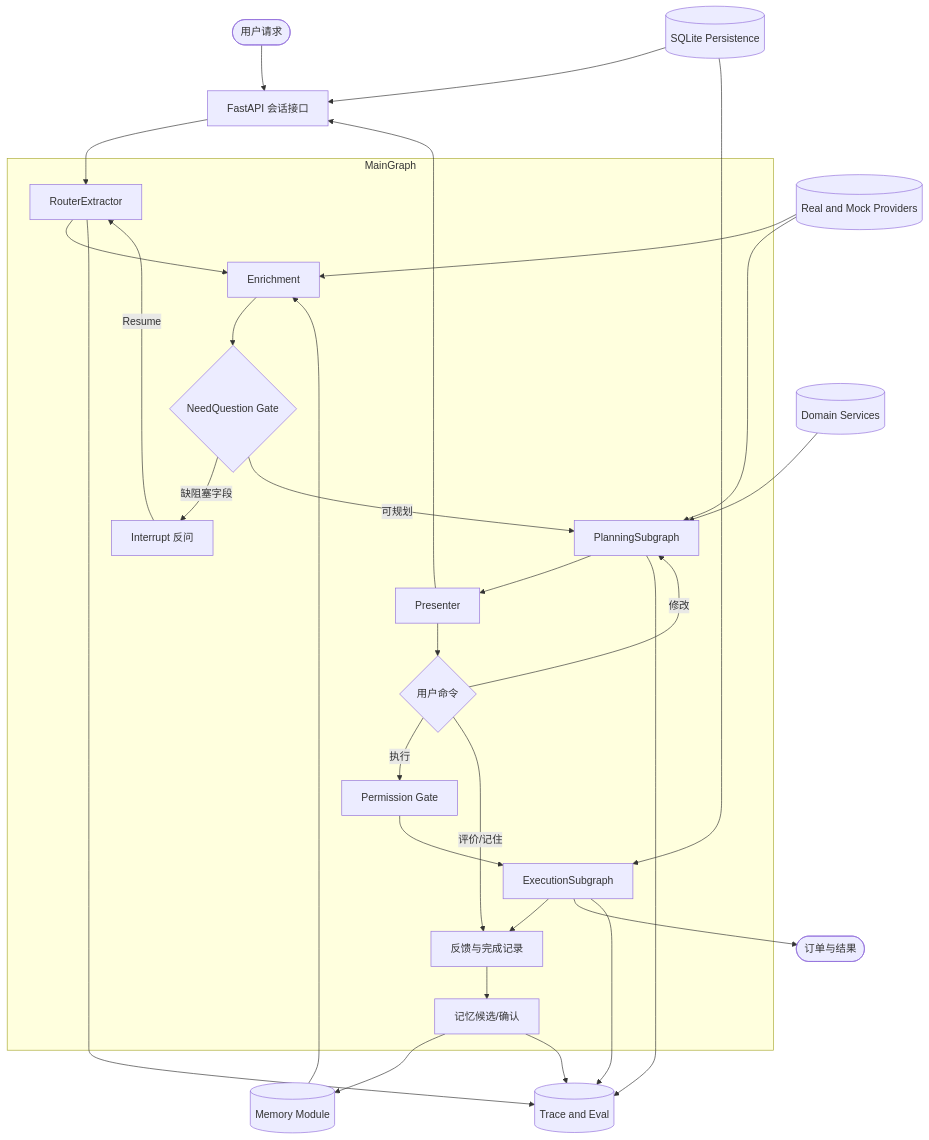
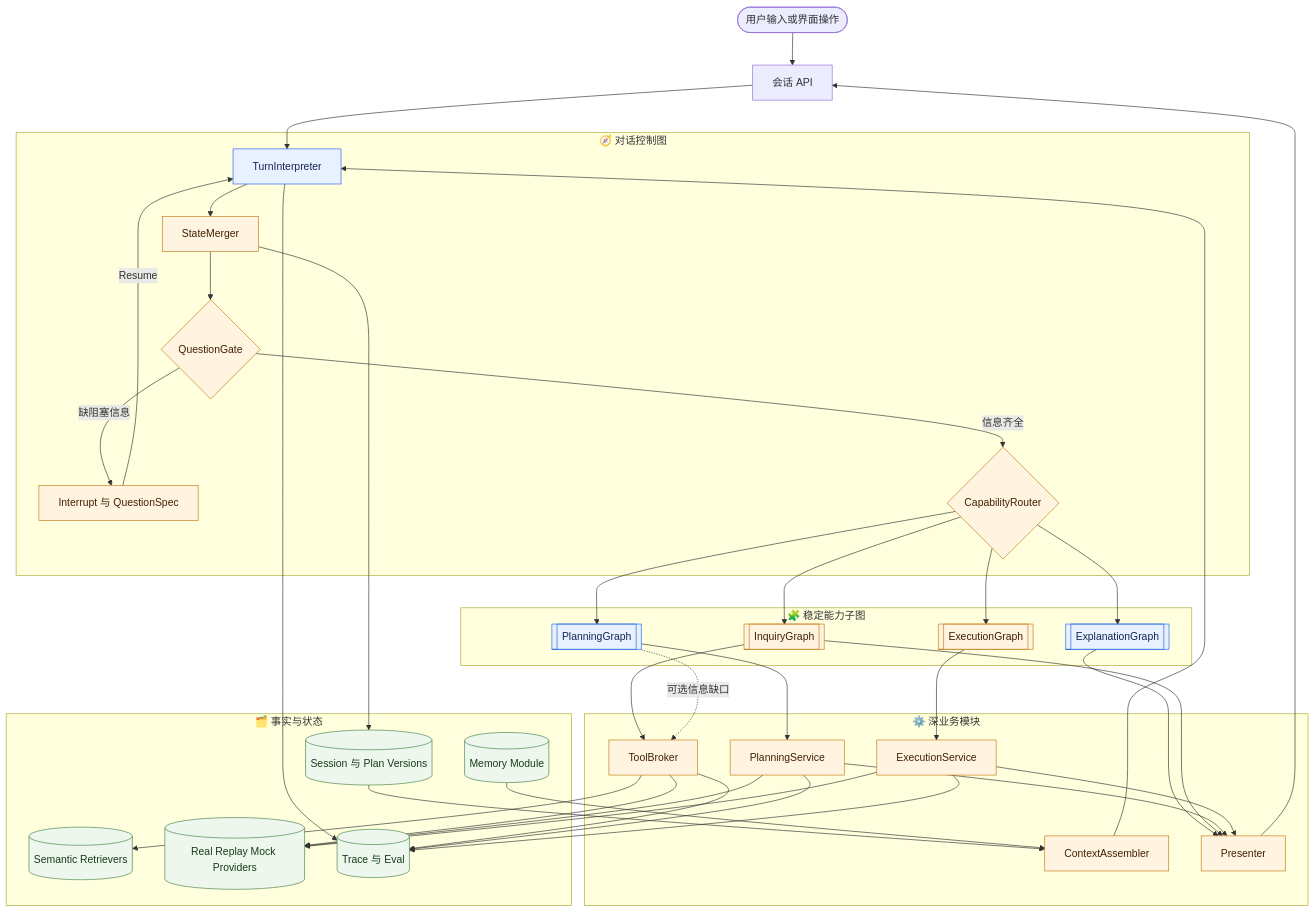
The first of 4 diagrams in docs/canonical/architecture_v2.md (Weekend-Agent-Studio/happyFreeTime), drawn with Mermaid before and after one commit. The commit also changed other lines of this file and 8 other files, not shown here.

Commit message:
docs: define constrained agent graph evolution

````diff
--- a/docs/canonical/architecture_v2.md
+++ b/docs/canonical/architecture_v2.md
@@ -81,45 +110,74 @@
 ```mermaid
-graph TB
+flowchart TB
 
-    user([用户请求]) --> api[FastAPI 会话接口]
+    user([用户输入或界面操作]) --> api[会话 API]
 
-    subgraph MainGraph
-        router[RouterExtractor]
-        enrich[Enrichment]
-        gate{NeedQuestion Gate}
-        question[Interrupt 反问]
-        planning[PlanningSubgraph]
-        present[Presenter]
-        command{用户命令}
-        permission[Permission Gate]
-        execution[ExecutionSubgraph]
-        feedback[反馈与完成记录]
-        memory[记忆候选/确认]
-
-        router --> enrich --> gate
-        gate -->|缺阻塞字段| question
-        question -->|Resume| router
-        gate -->|可规划| planning
-        planning --> present --> command
-        command -->|修改| planning
-        command -->|执行| permission --> execution
-        command -->|评价/记住| feedback --> memory
-        execution --> feedback
+    subgraph control_graph ["🧭 对话控制图"]
+        interpret[TurnInterpreter]
+        merge[StateMerger]
+        gate{QuestionGate}
+        question[Interrupt 与 QuestionSpec]
+        route{CapabilityRouter}
+        interpret --> merge --> gate
+        gate -->|缺阻塞信息| question
+        question -->|Resume| interpret
+        gate -->|信息齐全| route
     end
 
-    api --> router
-    execution --> result([订单与结果])
-    present --> api
+    subgraph capability_graphs ["🧩 稳定能力子图"]
+        inquiry[[InquiryGraph]]
+        planning[[PlanningGraph]]
+        explanation[[ExplanationGraph]]
+        execution[[ExecutionGraph]]
+    end
 
-    services[(Domain Services)] --> planning
-    providers[(Real and Mock Providers)] --> enrich
-    providers --> planning
-    persistence[(SQLite Persistence)] --> api
-    persistence --> execution
-    memory_store[(Memory Module)] --> enrich
-    memory --> memory_store
-    router --> trace[(Trace and Eval)]
-    planning --> trace
-    execution --> trace
-    memory --> trace
+    subgraph deep_modules ["⚙️ 深业务模块"]
+        context[ContextAssembler]
+        broker[ToolBroker]
+        planner[PlanningService]
+        executor[ExecutionService]
+        presenter[Presenter]
+    end
+
+    subgraph facts_and_state ["🗂️ 事实与状态"]
+        state_store[(Session 与 Plan Versions)]
+        memory_store[(Memory Module)]
+        retrievers[(Semantic Retrievers)]
+        providers[(Real Replay Mock Providers)]
+        trace[(Trace 与 Eval)]
+    end
+
+    api --> interpret
+    state_store --> context
+    memory_store --> context
+    context --> interpret
+    merge --> state_store
+    route --> inquiry
+    route --> planning
+    route --> explanation
+    route --> execution
+    inquiry --> broker
+    planning --> planner
+    planning -. 可选信息缺口 .-> broker
+    explanation --> presenter
+    execution --> executor
+    broker --> retrievers
+    broker --> providers
+    planner --> providers
+    executor --> providers
+    inquiry --> presenter
+    planner --> presenter
+    executor --> presenter
+    presenter --> api
+    interpret --> trace
+    broker --> trace
+    planner --> trace
+    executor --> trace
+
+    classDef model fill:#e8f1ff,stroke:#2563eb,color:#172554
+    classDef harness fill:#fff4df,stroke:#c47b17,color:#422006
+    classDef data fill:#edf7ed,stroke:#47834b,color:#173a1a
+    class interpret,planning,explanation model
+    class merge,gate,question,route,inquiry,execution,context,broker,planner,executor,presenter harness
+    class state_store,memory_store,retrievers,providers,trace data
 ```
````
